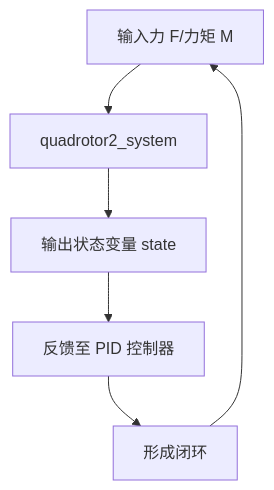
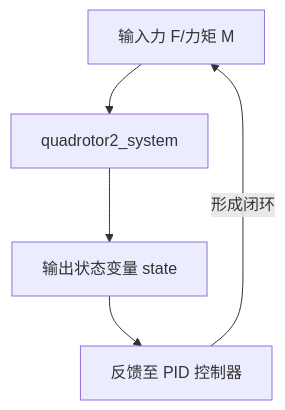
Before and after one commit to chao-8xx/stackedit-app-data: the diagram in 四旋翼无人机轨迹二维跟踪控制.md, drawn with Mermaid. The commit also changed other lines of this file, not shown here.

````diff
--- a/四旋翼无人机轨迹二维跟踪控制.md
+++ b/四旋翼无人机轨迹二维跟踪控制.md
@@ -109,9 +109,8 @@
 ```mermaid
-graph TD
+   graph TD
     A[输入力 F/力矩 M] --> B[quadrotor2_system]
     B --> C[输出状态变量 state]
     C --> D[反馈至 PID 控制器]
-    D --> 形成闭环 --> A
-   
+    D -->|形成闭环| A
 	
 ```
````
